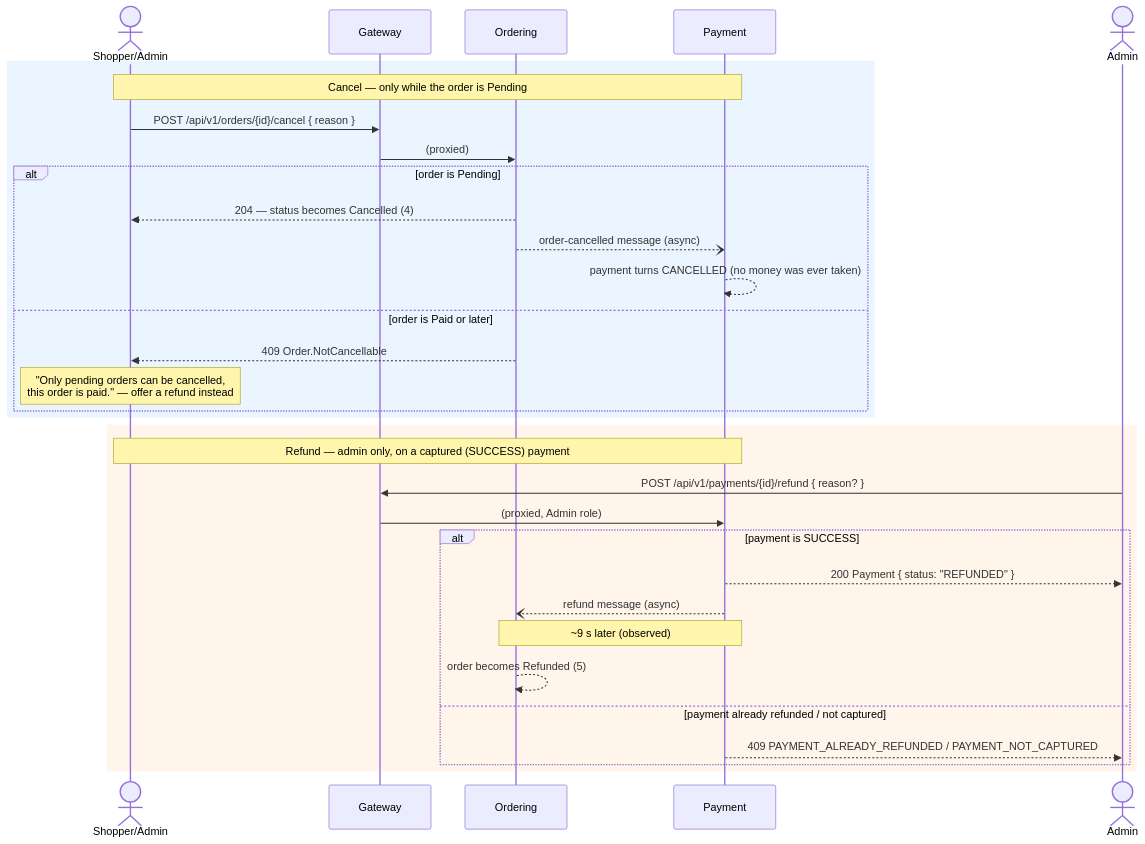
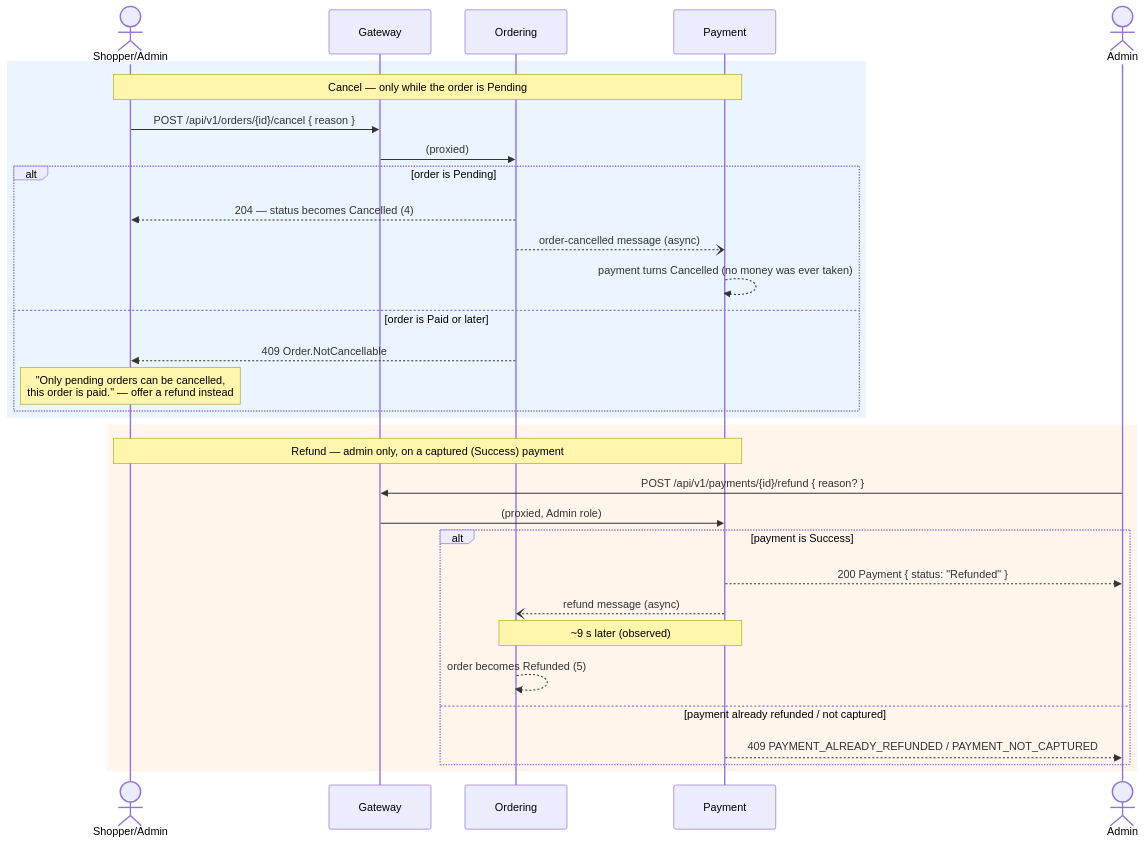
One commit to Granuch/EShop changed the third of 6 diagrams in docs/01-overview/frontend/flows.md. Above: the diagram before and after it, drawn with Mermaid. The commit also changed other lines of this file and 8 other files, not shown here.

````diff
--- a/docs/01-overview/frontend/flows.md
+++ b/docs/01-overview/frontend/flows.md
@@ -183,36 +183,36 @@
 ```mermaid
 sequenceDiagram
     actor U as Shopper/Admin
     participant GW as Gateway
     participant ORD as Ordering
     participant PAY as Payment
 
     rect rgb(235, 245, 255)
     Note over U,PAY: Cancel — only while the order is Pending
     U->>GW: POST /api/v1/orders/{id}/cancel { reason }
     GW->>ORD: (proxied)
     alt order is Pending
         ORD-->>U: 204 — status becomes Cancelled (4)
         ORD--)PAY: order-cancelled message (async)
-        PAY-->>PAY: payment turns CANCELLED (no money was ever taken)
+        PAY-->>PAY: payment turns Cancelled (no money was ever taken)
     else order is Paid or later
         ORD-->>U: 409 Order.NotCancellable
         Note over U: "Only pending orders can be cancelled,<br/>this order is paid." — offer a refund instead
     end
     end
 
     rect rgb(255, 245, 235)
-    Note over U,PAY: Refund — admin only, on a captured (SUCCESS) payment
+    Note over U,PAY: Refund — admin only, on a captured (Success) payment
     actor A as Admin
     A->>GW: POST /api/v1/payments/{id}/refund { reason? }
     GW->>PAY: (proxied, Admin role)
-    alt payment is SUCCESS
-        PAY-->>A: 200 Payment { status: "REFUNDED" }
+    alt payment is Success
+        PAY-->>A: 200 Payment { status: "Refunded" }
         PAY--)ORD: refund message (async)
         Note over PAY,ORD: ~9 s later (observed)
         ORD-->>ORD: order becomes Refunded (5)
     else payment already refunded / not captured
         PAY-->>A: 409 PAYMENT_ALREADY_REFUNDED / PAYMENT_NOT_CAPTURED
     end
     end
 ```
````
